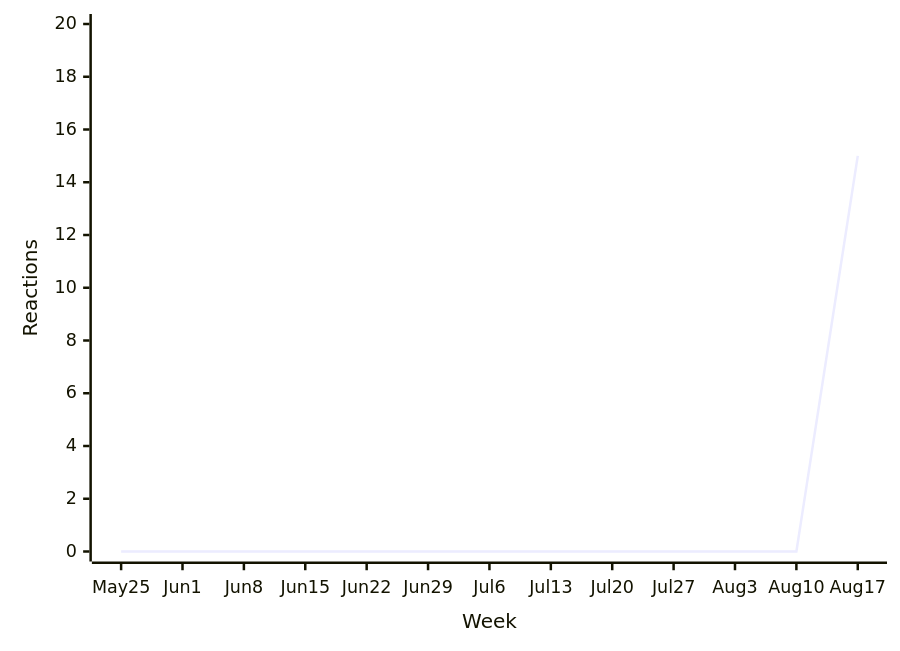
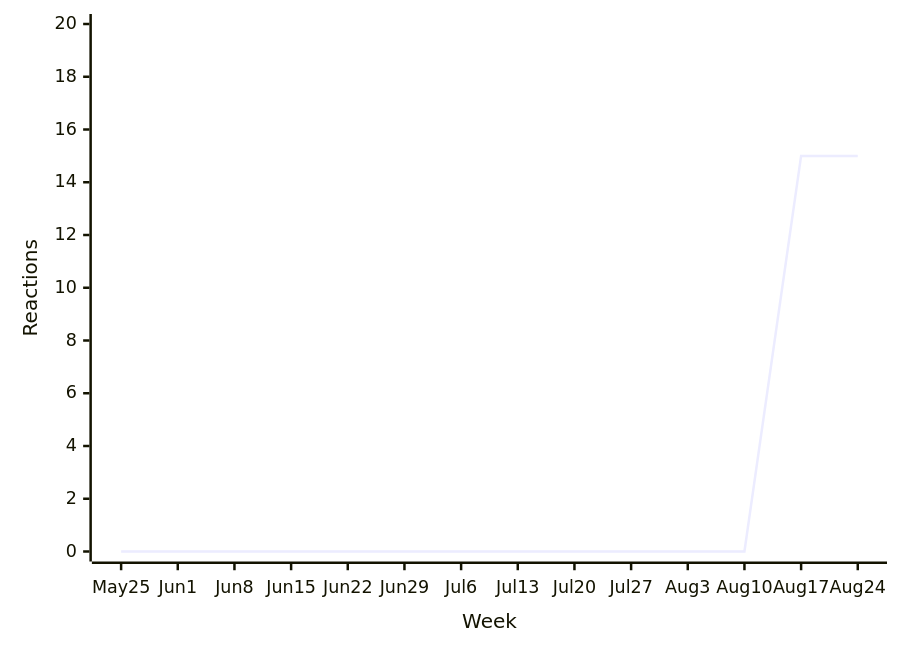
Diagram 11 of 38 in README.md (loic-sharma/github-insights), drawn with Mermaid before and after one commit. The commit also changed other lines of this file and 3 other files, not shown here.

````diff
--- a/README.md
+++ b/README.md
@@ -494,6 +494,6 @@
   ```mermaid
   xychart-beta
-    x-axis "Week" [May 25, Jun 1, Jun 8, Jun 15, Jun 22, Jun 29, Jul 6, Jul 13, Jul 20, Jul 27, Aug 3, Aug 10, Aug 17]
+    x-axis "Week" [May 25, Jun 1, Jun 8, Jun 15, Jun 22, Jun 29, Jul 6, Jul 13, Jul 20, Jul 27, Aug 3, Aug 10, Aug 17, Aug 24]
     y-axis "Reactions" 0 --> 20
-    line [0, 0, 0, 0, 0, 0, 0, 0, 0, 0, 0, 0, 15]
+    line [0, 0, 0, 0, 0, 0, 0, 0, 0, 0, 0, 0, 15, 15]
   ```
````
